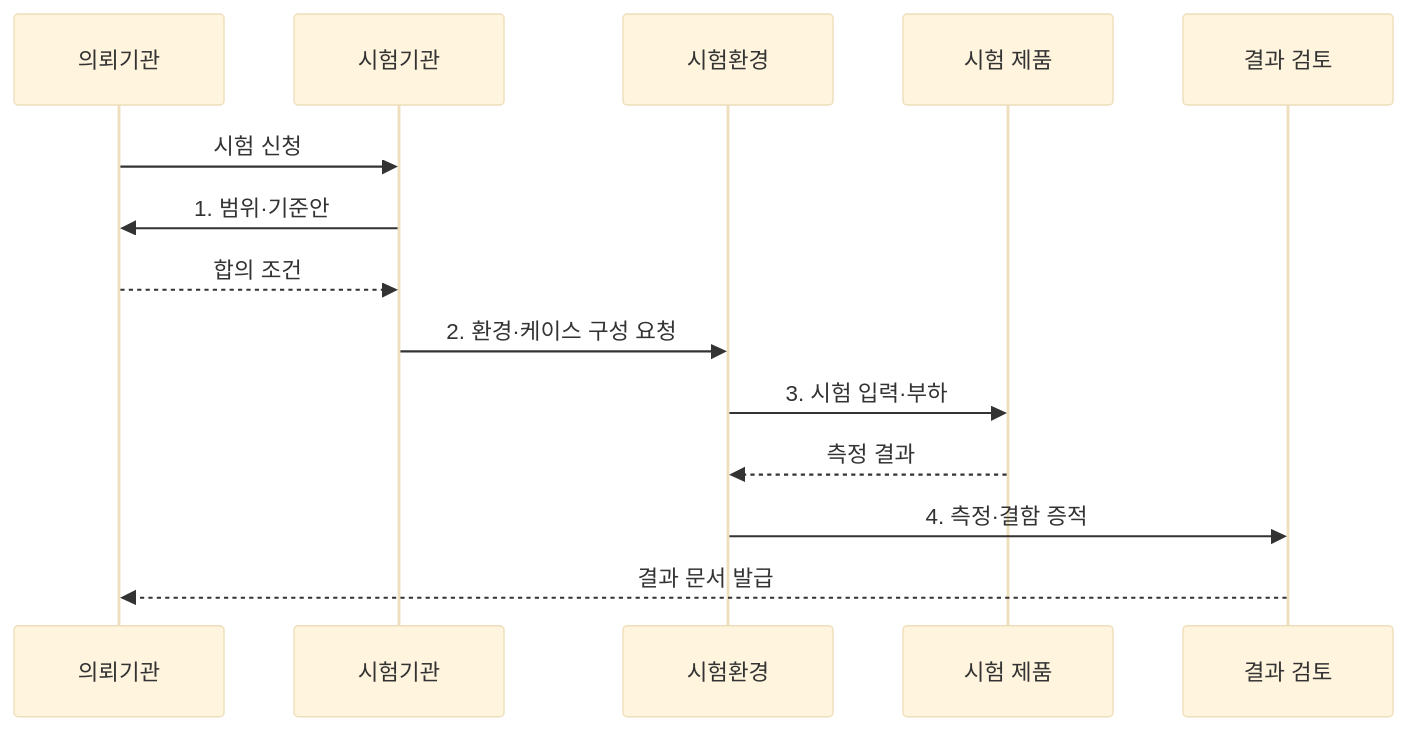
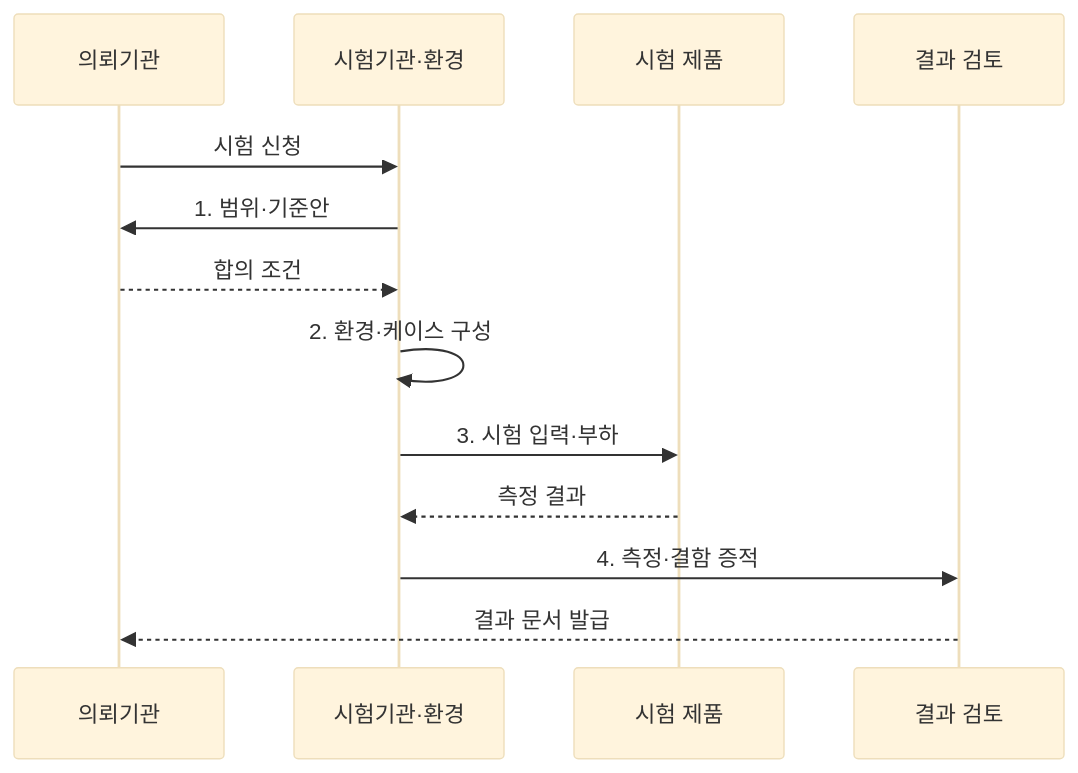
One commit to agnusdei1207/knowledge-base changed the second of 2 diagrams in src/content/docs/notes/03-software/186_tta_sw_quality_test.md. Above: the diagram before and after it, drawn with Mermaid (base theme). The commit also changed 9 other files, not shown here.

Commit message:
Focus governance and assurance diagrams

````diff
--- a/src/content/docs/notes/03-software/186_tta_sw_quality_test.md
+++ b/src/content/docs/notes/03-software/186_tta_sw_quality_test.md
@@ -93,16 +93,15 @@
 ```mermaid
 sequenceDiagram
     participant C as 의뢰기관
-    participant T as 시험기관
-    participant E as 시험환경
+    participant T as 시험기관·환경
     participant P as 시험 제품
     participant R as 결과 검토
     C->>T: 시험 신청
     T->>C: 1. 범위·기준안
     C-->>T: 합의 조건
-    T->>E: 2. 환경·케이스 구성 요청
-    E->>P: 3. 시험 입력·부하
-    P-->>E: 측정 결과
-    E->>R: 4. 측정·결함 증적
+    T->>T: 2. 환경·케이스 구성
+    T->>P: 3. 시험 입력·부하
+    P-->>T: 측정 결과
+    T->>R: 4. 측정·결함 증적
     R-->>C: 결과 문서 발급
 ```
````
